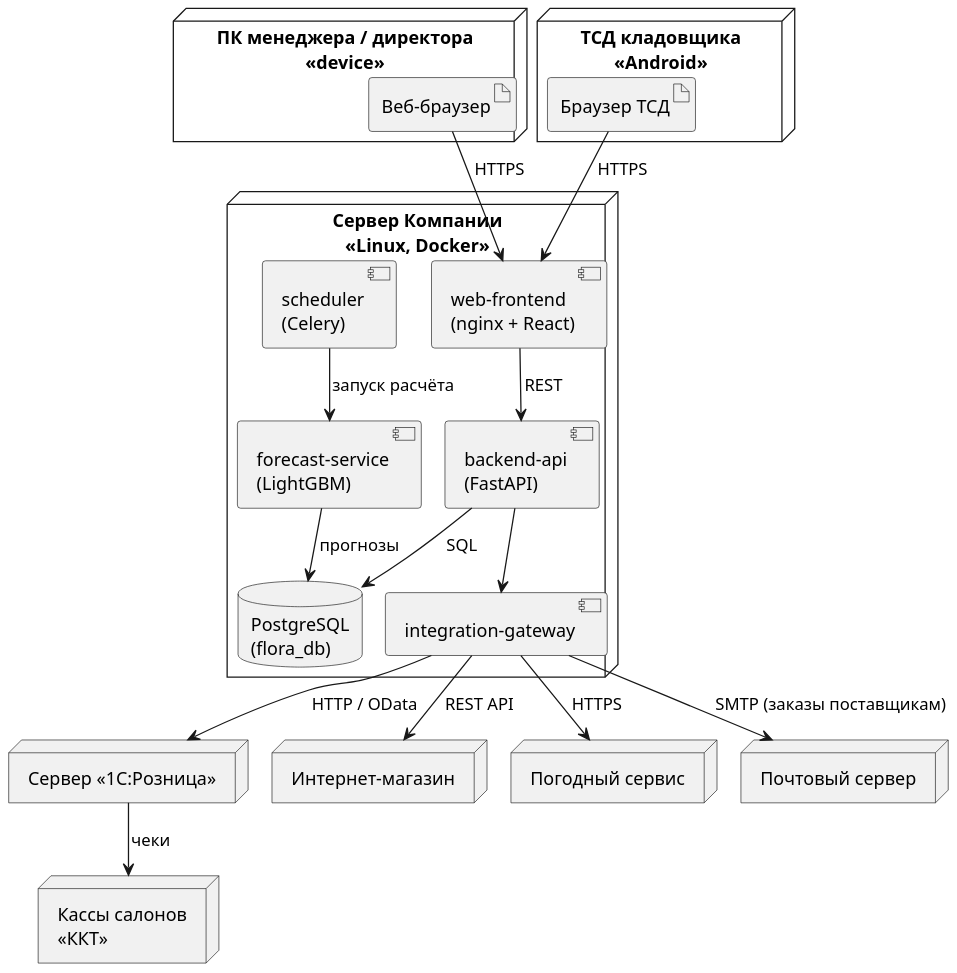
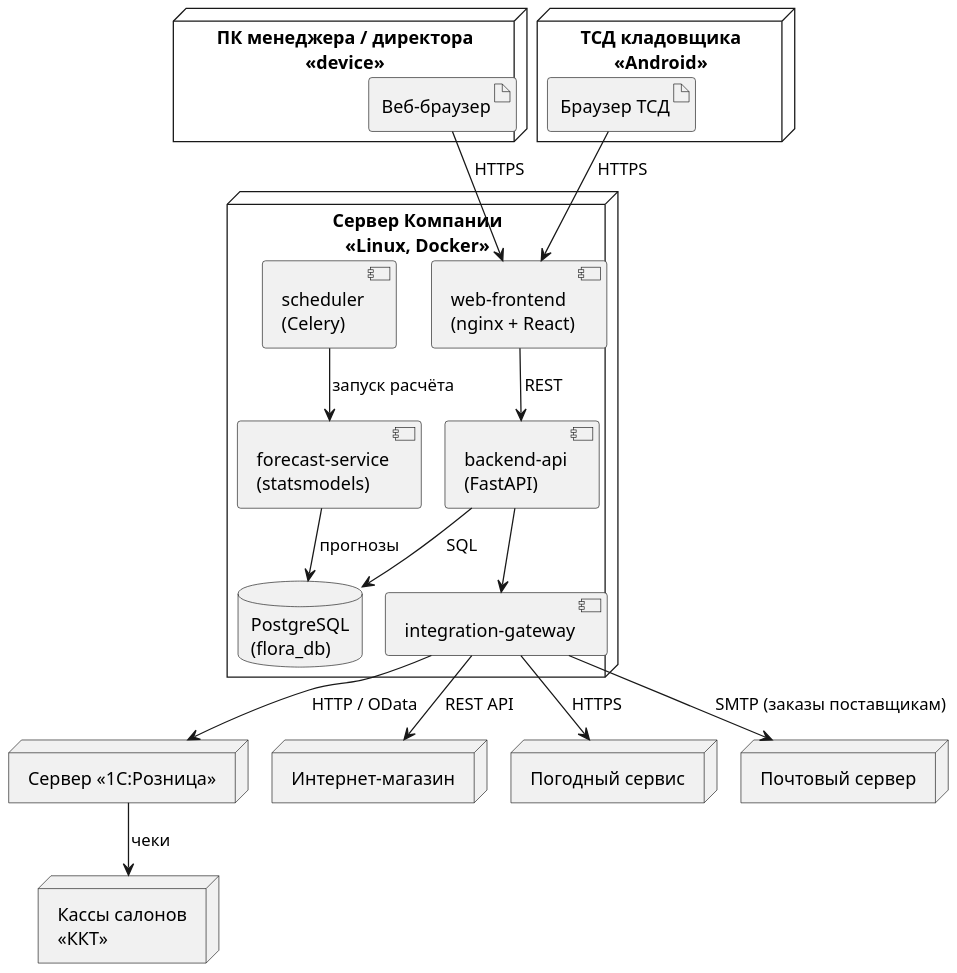
The diagram in diagrams/uml_deploy.puml (DarkSwordman999/flower-demand-planning), drawn with PlantUML before and after one commit. The commit also changed 20 other files, not shown here.

```diff
--- a/diagrams/uml_deploy.puml
+++ b/diagrams/uml_deploy.puml
@@ -1,38 +1,38 @@
 @startuml
 !pragma layout smetana
 skinparam dpi 150
 skinparam defaultFontName Arial
 skinparam shadowing false
 skinparam monochrome true
 node "ПК менеджера / директора\n<<device>>" as pc {
   artifact "Веб-браузер" as br
 }
 node "ТСД кладовщика\n<<Android>>" as tsd {
   artifact "Браузер ТСД" as br2
 }
 node "Сервер Компании\n<<Linux, Docker>>" as app {
   component "web-frontend\n(nginx + React)" as fe
   component "backend-api\n(FastAPI)" as be
-  component "forecast-service\n(LightGBM)" as fs
+  component "forecast-service\n(statsmodels)" as fs
   component "scheduler\n(Celery)" as sch
   component "integration-gateway" as gw
   database "PostgreSQL\n(flora_db)" as db
 }
 node "Кассы салонов\n<<ККТ>>" as kkt
 node "Сервер «1С:Розница»" as c1
 node "Интернет-магазин" as web
 node "Погодный сервис" as wth
 node "Почтовый сервер" as mail
 br --> fe : HTTPS
 br2 --> fe : HTTPS
 fe --> be : REST
 be --> db : SQL
 sch --> fs : запуск расчёта
 fs --> db : прогнозы
 be --> gw
 gw --> c1 : HTTP / OData
 c1 --> kkt : чеки
 gw --> web : REST API
 gw --> wth : HTTPS
 gw --> mail : SMTP (заказы поставщикам)
 @enduml
```
